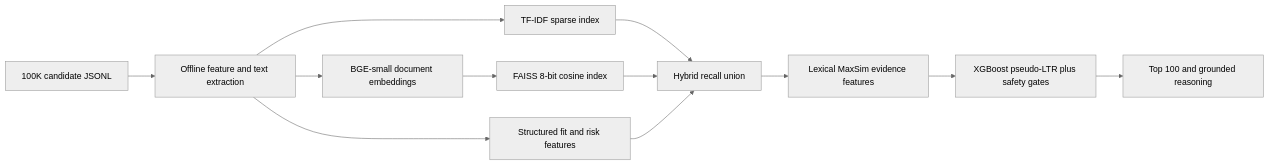
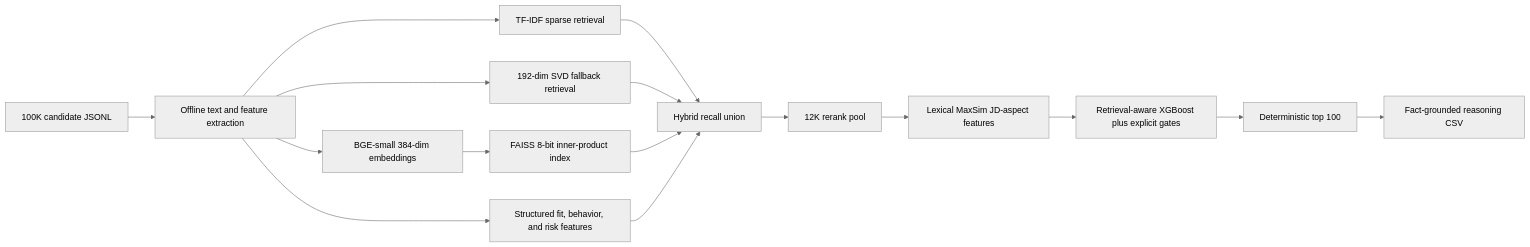
Before and after one commit to POPPz07/redrob_ai_challenge: the diagram in README.md, drawn with Mermaid (neutral theme). The commit also changed other lines of this file and 6 other files, not shown here.

````diff
--- a/README.md
+++ b/README.md
@@ -7,14 +35,18 @@
 ```mermaid
 flowchart LR
-    A["100K candidate JSONL"] --> B["Offline feature and text extraction"]
-    B --> C["TF-IDF sparse index"]
-    B --> D["BGE-small document embeddings"]
-    D --> E["FAISS 8-bit cosine index"]
-    B --> F["Structured fit and risk features"]
-    C --> G["Hybrid recall union"]
-    E --> G
-    F --> G
-    G --> H["Lexical MaxSim evidence features"]
-    H --> I["XGBoost pseudo-LTR plus safety gates"]
-    I --> J["Top 100 and grounded reasoning"]
+    A["100K candidate JSONL"] --> B["Offline text and feature extraction"]
+    B --> C["TF-IDF sparse retrieval"]
+    B --> D["192-dim SVD fallback retrieval"]
+    B --> E["BGE-small 384-dim embeddings"]
+    E --> F["FAISS 8-bit inner-product index"]
+    B --> G["Structured fit, behavior, and risk features"]
+    C --> H["Hybrid recall union"]
+    D --> H
+    F --> H
+    G --> H
+    H --> I["12K rerank pool"]
+    I --> J["Lexical MaxSim JD-aspect features"]
+    J --> K["Retrieval-aware XGBoost plus explicit gates"]
+    K --> L["Deterministic top 100"]
+    L --> M["Fact-grounded reasoning CSV"]
 ```
````
